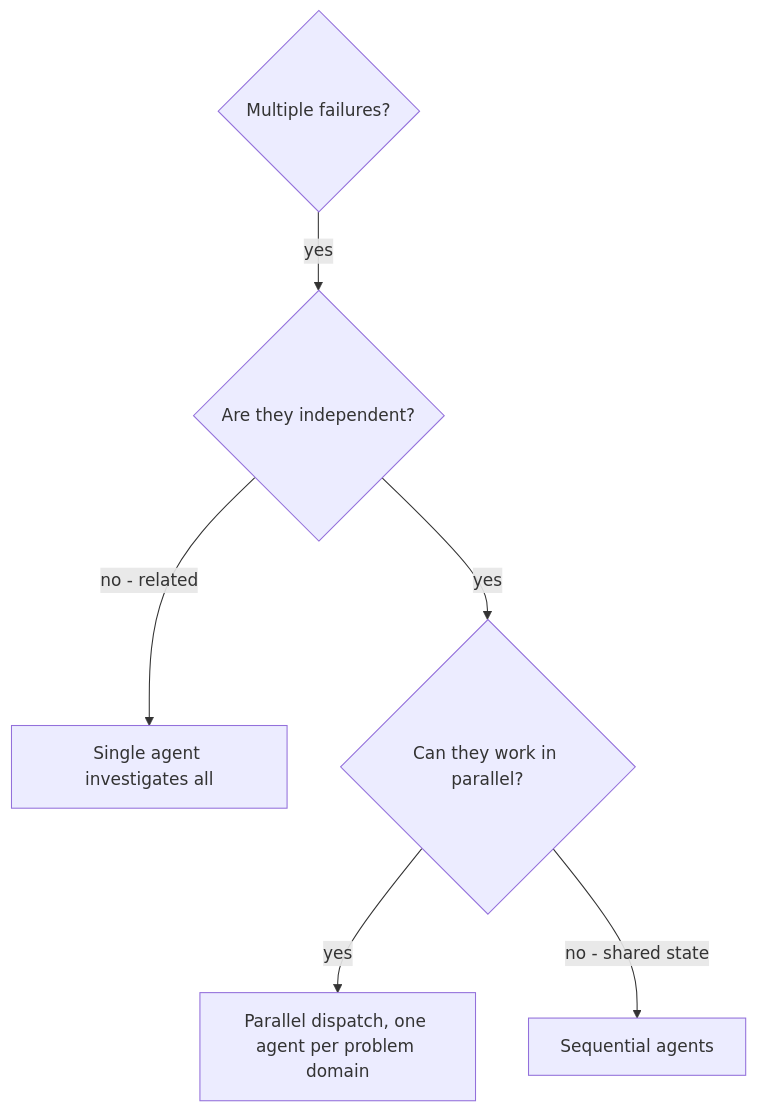
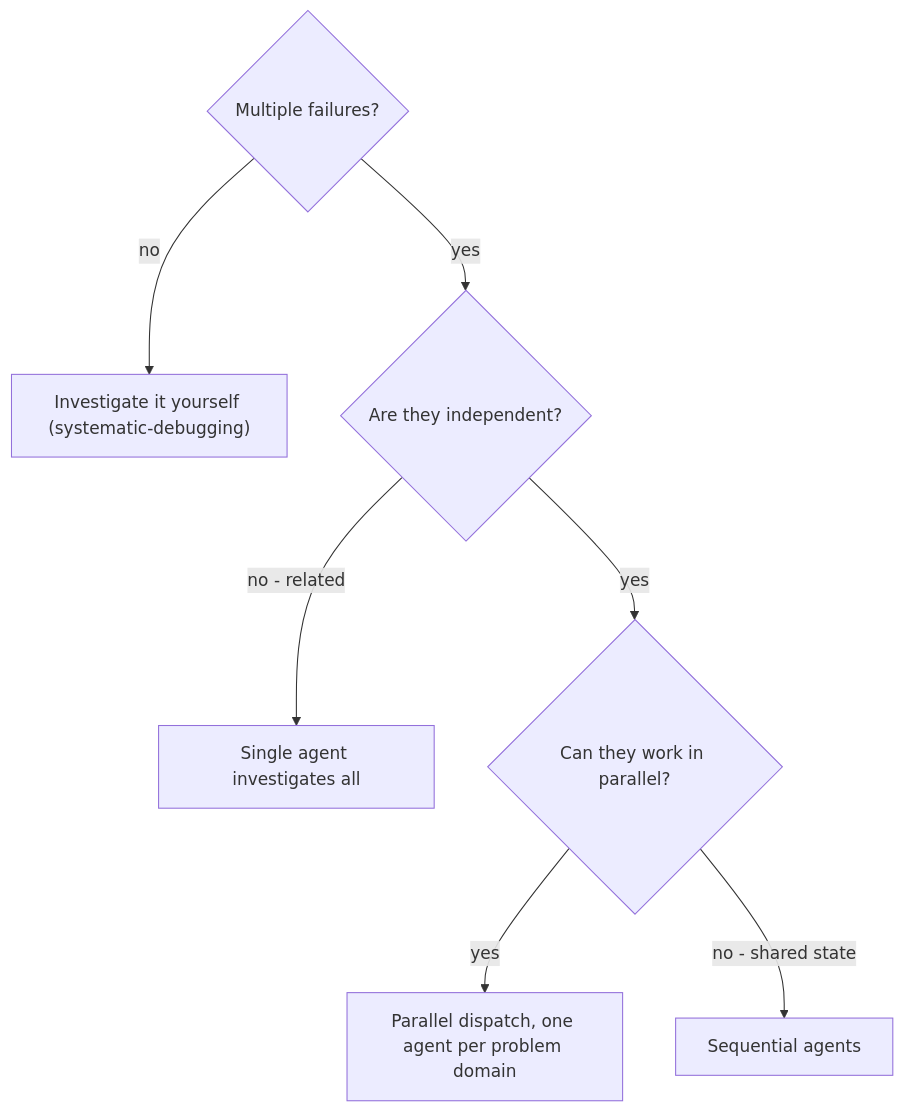
Before and after one commit to jhl-hk/nix-config: the diagram in skills/dispatching-parallel-agents/SKILL.md, drawn with Mermaid. The commit also changed other lines of this file and 146 other files, not shown here.

````diff
--- a/skills/dispatching-parallel-agents/SKILL.md
+++ b/skills/dispatching-parallel-agents/SKILL.md
@@ -18,8 +14,9 @@
 ```mermaid
 flowchart TD
-    multi{"Multiple failures?"} -->|yes| indep{"Are they independent?"}
+    multi{"Multiple failures?"} -->|no| direct["Investigate it yourself (systematic-debugging)"]
+    multi -->|yes| indep{"Are they independent?"}
     indep -->|no - related| single["Single agent investigates all"]
     indep -->|yes| par{"Can they work in parallel?"}
     par -->|yes| dispatch["Parallel dispatch, one agent per problem domain"]
     par -->|no - shared state| seq["Sequential agents"]
 ```
````
